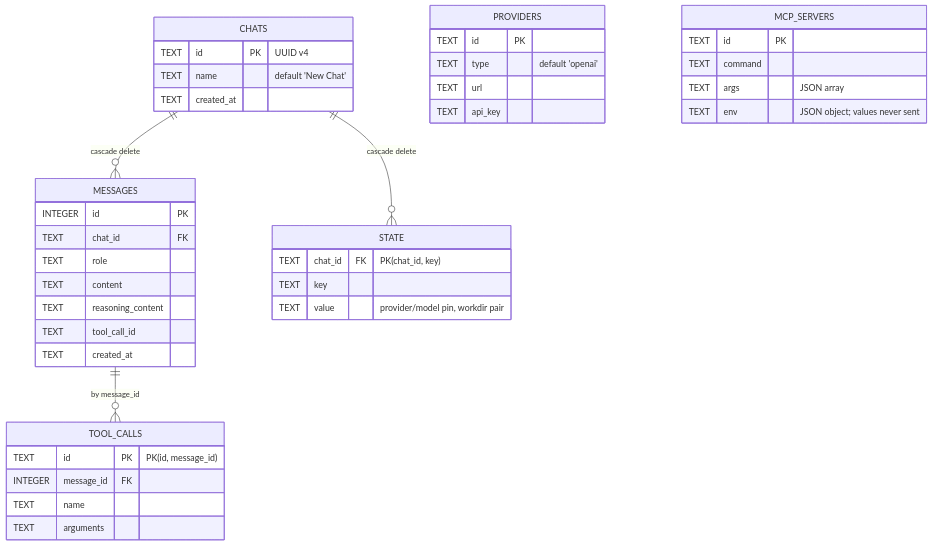
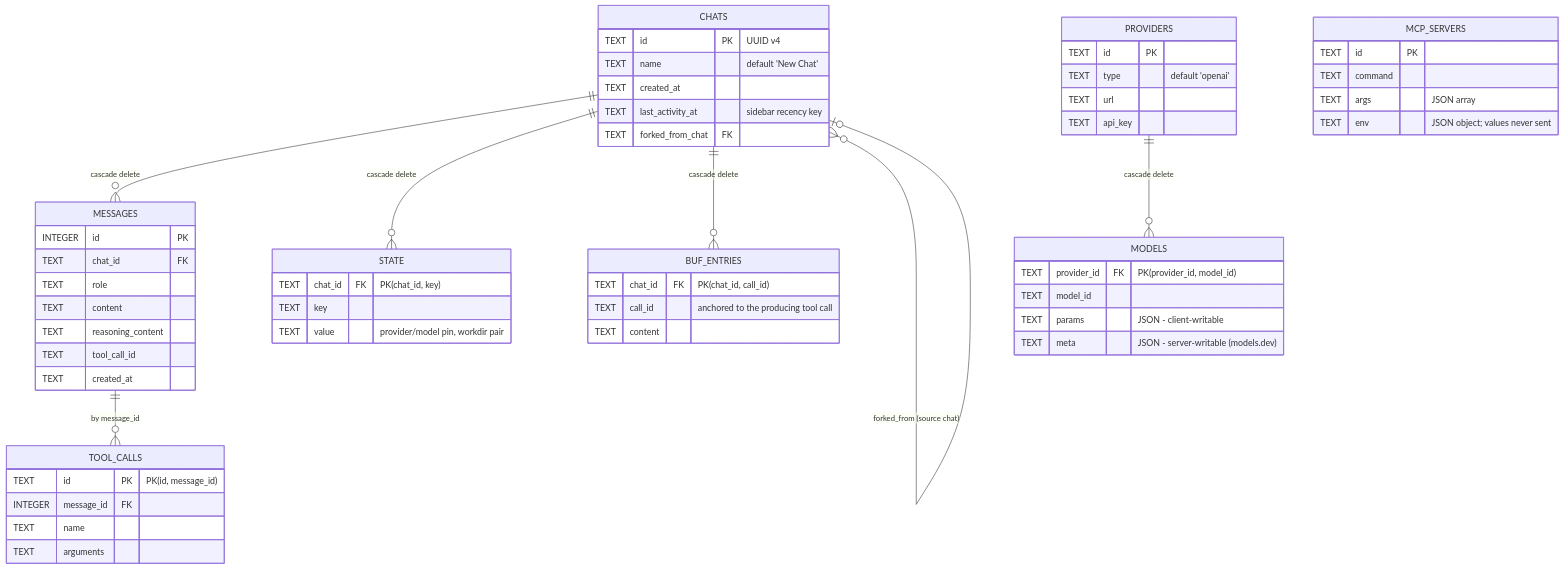
One commit to km0e/flux changed the sixth of 8 diagrams in docs/architecture-en.md. Above: the diagram before and after it, drawn with Mermaid. The commit also changed other lines of this file and 167 other files, not shown here.

````diff
--- a/docs/architecture-en.md
+++ b/docs/architecture-en.md
@@ -301,44 +303,60 @@
 ```mermaid
 erDiagram
  CHATS ||--o{ MESSAGES : "cascade delete"
  CHATS ||--o{ STATE : "cascade delete"
+ CHATS ||--o{ BUF_ENTRIES : "cascade delete"
+ PROVIDERS ||--o{ MODELS : "cascade delete"
  MESSAGES ||--o{ TOOL_CALLS : "by message_id"
+ CHATS }o--o| CHATS : "forked_from (source chat)"
 
  CHATS {
  TEXT id PK "UUID v4"
  TEXT name "default 'New Chat'"
  TEXT created_at
+ TEXT last_activity_at "sidebar recency key"
+ TEXT forked_from_chat FK
  }
  MESSAGES {
  INTEGER id PK
  TEXT chat_id FK
  TEXT role
  TEXT content
  TEXT reasoning_content
  TEXT tool_call_id
  TEXT created_at
  }
  TOOL_CALLS {
  TEXT id PK "PK(id, message_id)"
  INTEGER message_id FK
  TEXT name
  TEXT arguments
  }
  STATE {
  TEXT chat_id FK "PK(chat_id, key)"
  TEXT key
  TEXT value "provider/model pin, workdir pair"
  }
  PROVIDERS {
  TEXT id PK
  TEXT type "default 'openai'"
  TEXT url
  TEXT api_key
  }
+ MODELS {
+ TEXT provider_id FK "PK(provider_id, model_id)"
+ TEXT model_id
+ TEXT params "JSON - client-writable"
+ TEXT meta "JSON - server-writable (models.dev)"
+ }
  MCP_SERVERS {
  TEXT id PK
  TEXT command
  TEXT args "JSON array"
  TEXT env "JSON object; values never sent"
  }
+ BUF_ENTRIES {
+ TEXT chat_id FK "PK(chat_id, call_id)"
+ TEXT call_id "anchored to the producing tool call"
+ TEXT content
+ }
 ```
````
